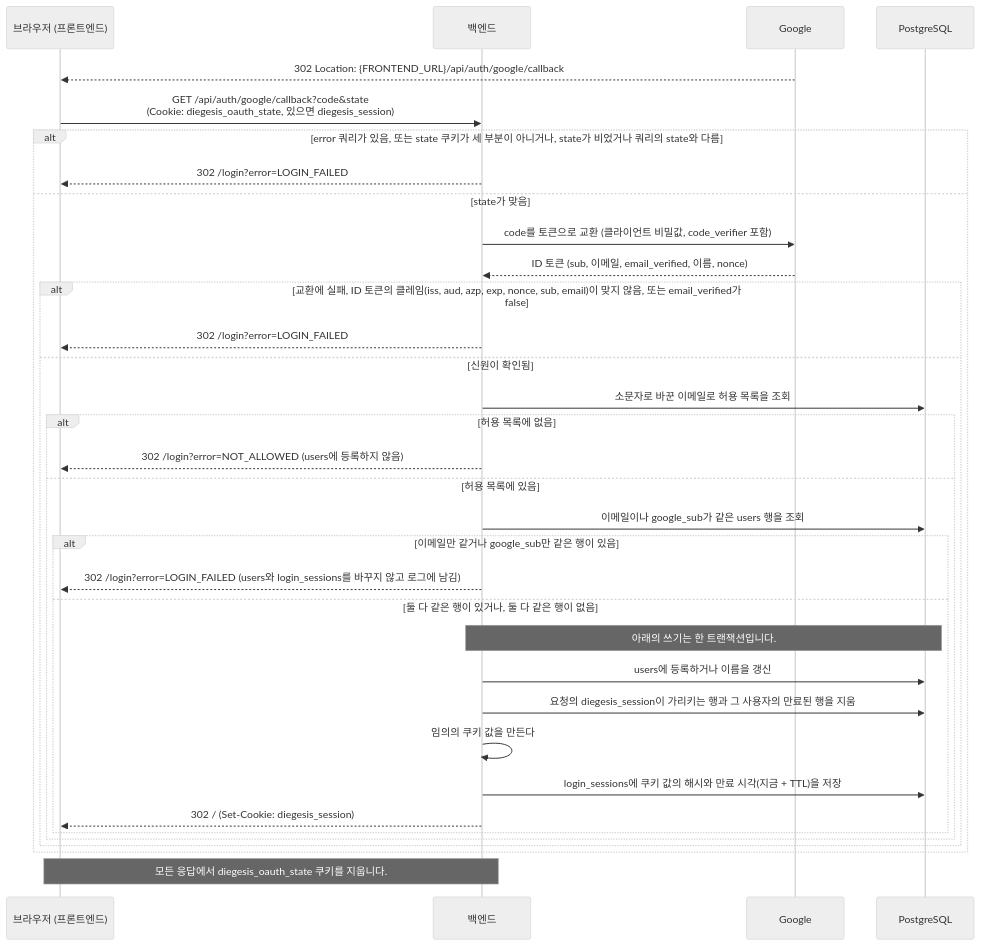
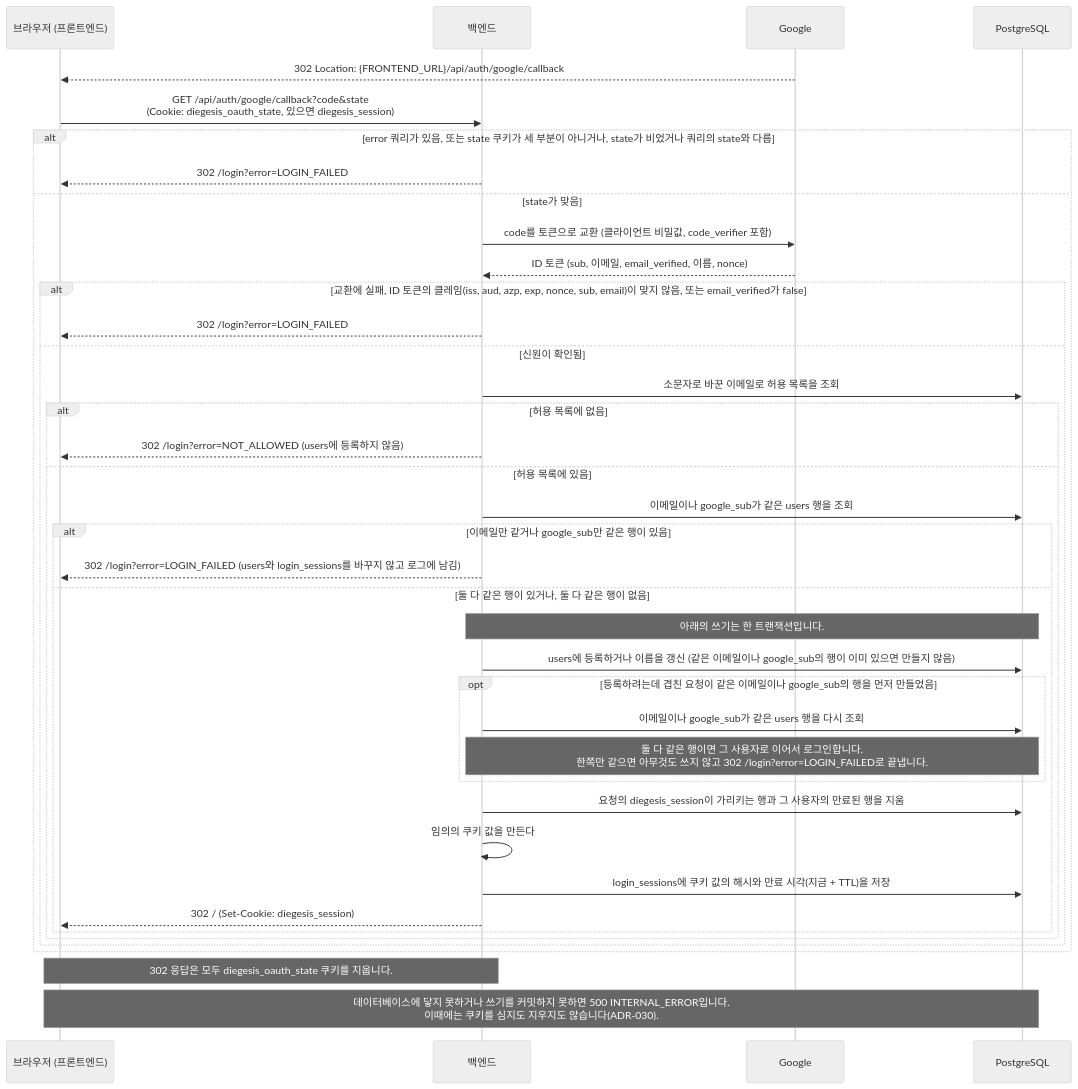
Before and after one commit to diegesis-labs/BE: the third of 5 diagrams in docs/API.md, drawn with Mermaid (neutral theme). The commit also changed 3 other files, not shown here.

````diff
--- a/docs/API.md
+++ b/docs/API.md
@@ -280,37 +280,42 @@
     ```mermaid
     sequenceDiagram
       participant B as 브라우저 (프론트엔드)
       participant BE as 백엔드
       participant G as Google
       participant DB as PostgreSQL
 
       G-->>B: 302 Location: {FRONTEND_URL}/api/auth/google/callback
       B->>BE: GET /api/auth/google/callback?code&state<br/>(Cookie: diegesis_oauth_state, 있으면 diegesis_session)
       alt error 쿼리가 있음, 또는 state 쿠키가 세 부분이 아니거나, state가 비었거나 쿼리의 state와 다름
         BE-->>B: 302 /login?error=LOGIN_FAILED
       else state가 맞음
         BE->>G: code를 토큰으로 교환 (클라이언트 비밀값, code_verifier 포함)
         G-->>BE: ID 토큰 (sub, 이메일, email_verified, 이름, nonce)
         alt 교환에 실패, ID 토큰의 클레임(iss, aud, azp, exp, nonce, sub, email)이 맞지 않음, 또는 email_verified가 false
           BE-->>B: 302 /login?error=LOGIN_FAILED
         else 신원이 확인됨
           BE->>DB: 소문자로 바꾼 이메일로 허용 목록을 조회
           alt 허용 목록에 없음
             BE-->>B: 302 /login?error=NOT_ALLOWED (users에 등록하지 않음)
           else 허용 목록에 있음
             BE->>DB: 이메일이나 google_sub가 같은 users 행을 조회
             alt 이메일만 같거나 google_sub만 같은 행이 있음
               BE-->>B: 302 /login?error=LOGIN_FAILED (users와 login_sessions를 바꾸지 않고 로그에 남김)
             else 둘 다 같은 행이 있거나, 둘 다 같은 행이 없음
               Note over BE,DB: 아래의 쓰기는 한 트랜잭션입니다.
-              BE->>DB: users에 등록하거나 이름을 갱신
+              BE->>DB: users에 등록하거나 이름을 갱신 (같은 이메일이나 google_sub의 행이 이미 있으면 만들지 않음)
+              opt 등록하려는데 겹친 요청이 같은 이메일이나 google_sub의 행을 먼저 만들었음
+                BE->>DB: 이메일이나 google_sub가 같은 users 행을 다시 조회
+                Note over BE,DB: 둘 다 같은 행이면 그 사용자로 이어서 로그인합니다.<br/>한쪽만 같으면 아무것도 쓰지 않고 302 /login?error=LOGIN_FAILED로 끝냅니다.
+              end
               BE->>DB: 요청의 diegesis_session이 가리키는 행과 그 사용자의 만료된 행을 지움
               BE->>BE: 임의의 쿠키 값을 만든다
               BE->>DB: login_sessions에 쿠키 값의 해시와 만료 시각(지금 + TTL)을 저장
               BE-->>B: 302 / (Set-Cookie: diegesis_session)
             end
           end
         end
       end
-      Note over B,BE: 모든 응답에서 diegesis_oauth_state 쿠키를 지웁니다.
+      Note over B,BE: 302 응답은 모두 diegesis_oauth_state 쿠키를 지웁니다.
+      Note over B,DB: 데이터베이스에 닿지 못하거나 쓰기를 커밋하지 못하면 500 INTERNAL_ERROR입니다.<br/>이때에는 쿠키를 심지도 지우지도 않습니다(ADR-030).
     ```
````
